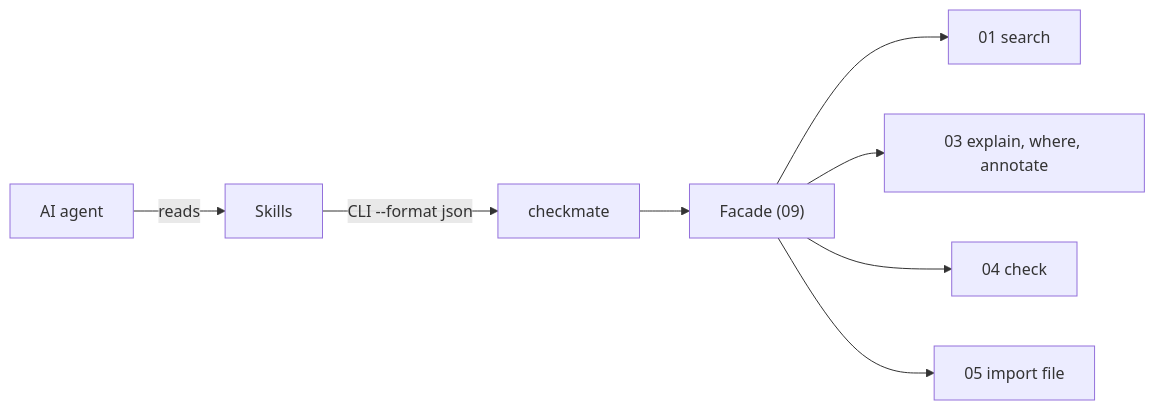
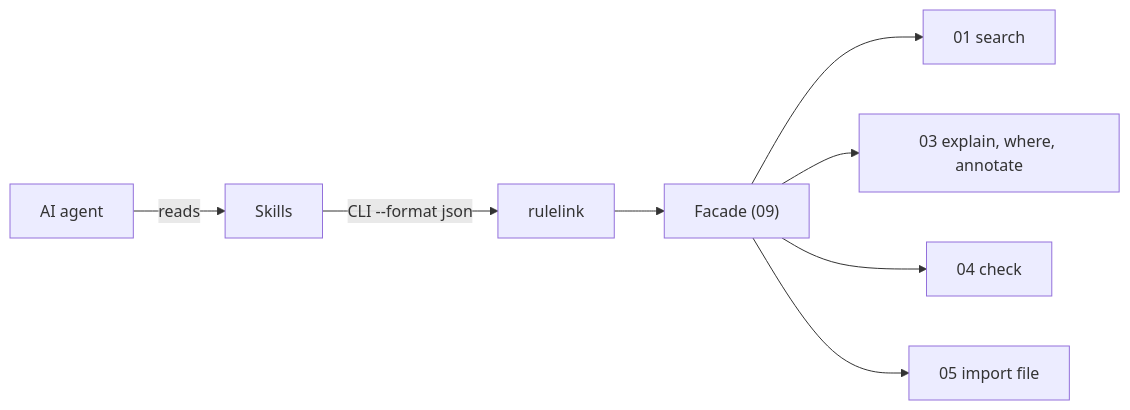
Before and after one commit to E-Jacques/Rulelink: the fourth of 4 diagrams in docs/architecture/07-agent-integration.md, drawn with Mermaid. The commit also changed other lines of this file and 126 other files, not shown here.

First line of the commit message:
chore: rename the project from Checkmate to Rulelink (#6)

````diff
--- a/docs/architecture/07-agent-integration.md
+++ b/docs/architecture/07-agent-integration.md
@@ -248,10 +248,10 @@
 ```mermaid
 flowchart LR
     AG["AI agent"] -->|"reads"| SK["Skills"]
-    SK -->|"CLI --format json"| CLI["checkmate"]
+    SK -->|"CLI --format json"| CLI["rulelink"]
     CLI --> FAC["Facade (09)"]
     FAC --> REG["01 search"]
     FAC --> LNK["03 explain, where, annotate"]
     FAC --> CHK["04 check"]
     FAC --> IMP["05 import file"]
 ```
````
